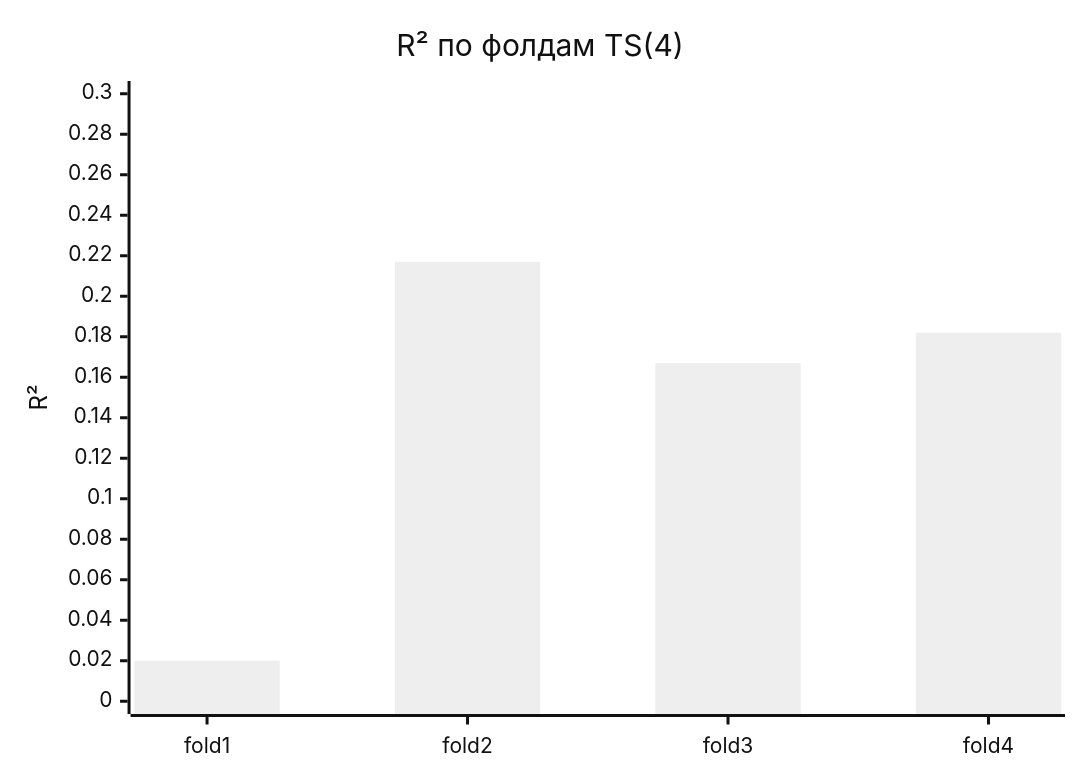
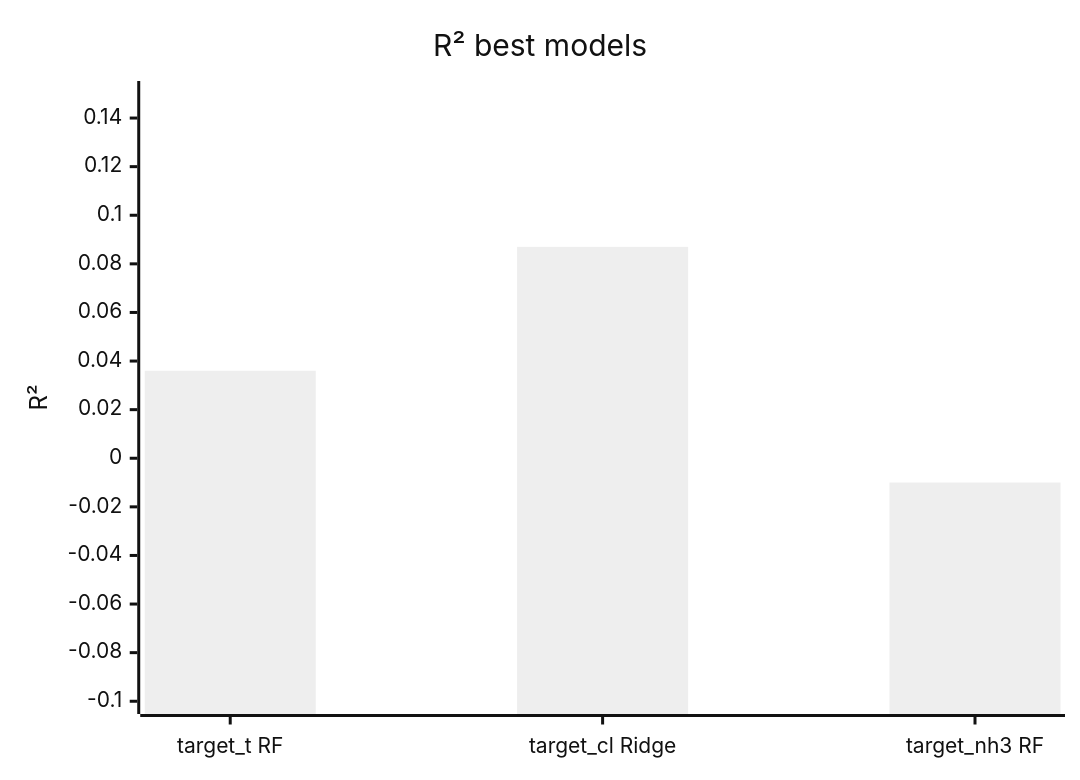
The fifth of 7 diagrams in experiments/soda-ml-nir_targetB_v6/README.md (Misha-42/soda-ml-carbonation-control), drawn with Mermaid (neutral theme) before and after one commit. The commit also changed other lines of this file, not shown here.

````diff
--- a/experiments/soda-ml-nir_targetB_v6/README.md
+++ b/experiments/soda-ml-nir_targetB_v6/README.md
@@ -244,7 +200,7 @@
 ```mermaid
 xychart-beta
-    title "R² по фолдам TS(4)"
-    x-axis [fold1, fold2, fold3, fold4]
-    y-axis "R²" 0 --> 0.3
-    bar [0.020, 0.217, 0.167, 0.182]
+    title "R² best models"
+    x-axis ["target_t RF", "target_cl Ridge", "target_nh3 RF"]
+    y-axis "R²" -0.1 --> 0.15
+    bar [0.036, 0.087, -0.010]
 ```
````
